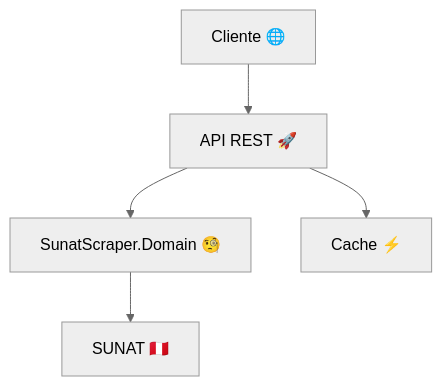
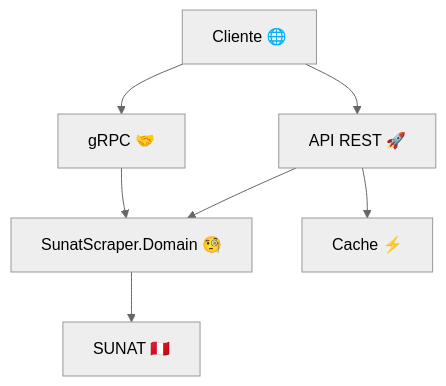
Before and after one commit to CiaphasC/sunat-ruc-api: the first of 2 diagrams in README.md, drawn with Mermaid (neutral theme). The commit also changed other lines of this file and 3 other files, not shown here.

Commit message:
Update documentation for async endpoints and architecture

````diff
--- a/README.md
+++ b/README.md
@@ -138,7 +148,9 @@
 ```mermaid
 graph TD;
     C[Cliente 🌐] --> A[API REST 🚀];
+    C --> G[gRPC 🤝];
     A --> B[SunatScraper.Domain 🧐];
+    G --> B;
     A --> D[Cache ⚡];
     B --> E[SUNAT 🇵🇪];
 ```
````
